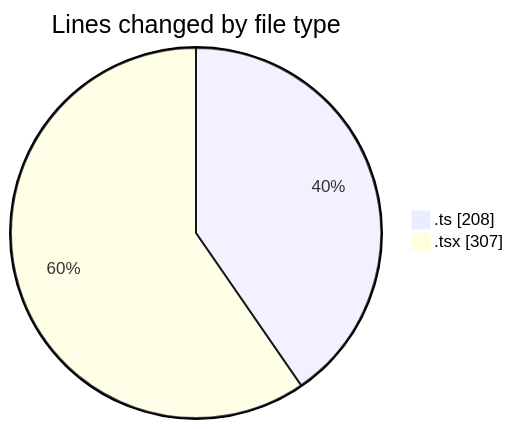
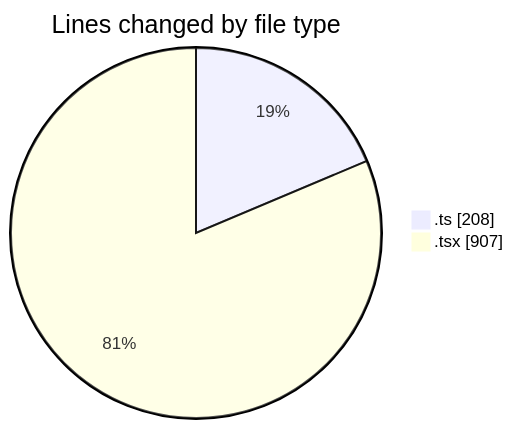
The first of 2 diagrams in 2025-01-27/termonied-web/README.md (robertbonfada/code-tracking), drawn with Mermaid before and after one commit. The commit also changed other lines of this file and 1 other file, not shown here.

````diff
--- a/2025-01-27/termonied-web/README.md
+++ b/2025-01-27/termonied-web/README.md
@@ -24,6 +25,6 @@
 ```mermaid
 pie showData
 title Lines changed by file type
 ".ts" : 208
-".tsx" : 307
+".tsx" : 907
 ```
````
